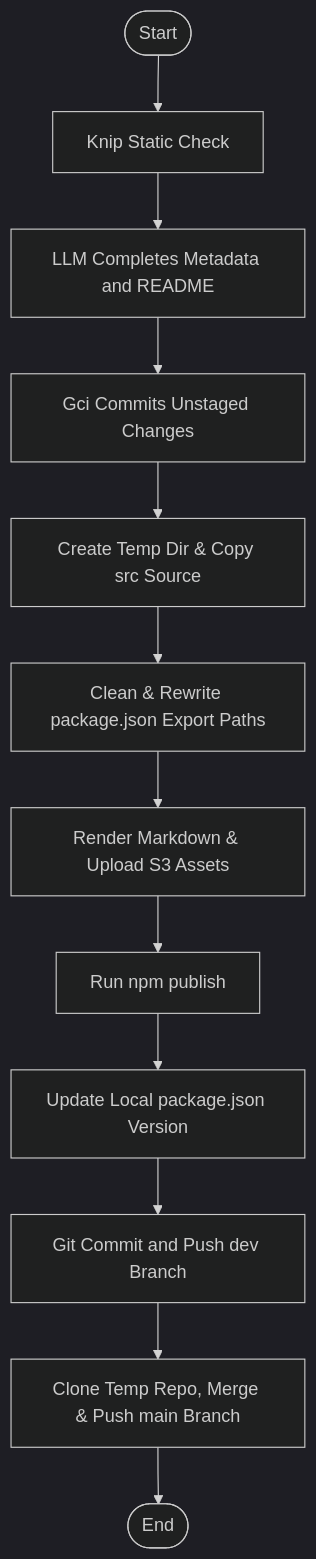
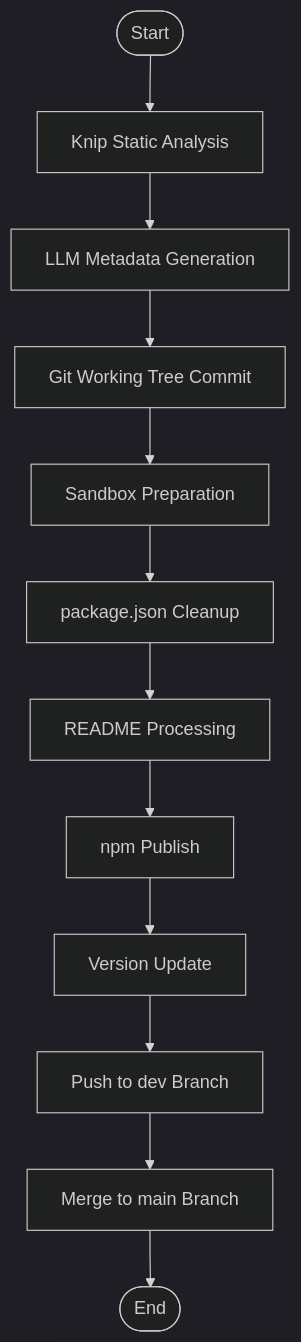
Before and after one commit to webc-site/npm: the diagram in dist/readme/en/README.md, drawn with Mermaid (dark theme). The commit also changed other lines of this file and 6 other files, not shown here.

````diff
--- a/dist/readme/en/README.md
+++ b/dist/readme/en/README.md
@@ -53,14 +54,14 @@
 ```mermaid
 graph TD
-    Start([Start]) --> Knip[Knip Static Check]
-    Knip --> GenReadme[LLM Completes Metadata and README]
-    GenReadme --> Gci[Gci Commits Unstaged Changes]
-    Gci --> Prep[Create Temp Dir & Copy src Source]
-    Prep --> CleanPkg[Clean & Rewrite package.json Export Paths]
-    CleanPkg --> RenderReadme[Render Markdown & Upload S3 Assets]
-    RenderReadme --> Pub[Run npm publish]
-    Pub --> LocalVersion[Update Local package.json Version]
-    LocalVersion --> GitSync[Git Commit and Push dev Branch]
-    GitSync --> MergeMain[Clone Temp Repo, Merge & Push main Branch]
-    MergeMain --> End([End])
+    Start([Start]) --> Knip[Knip Static Analysis]
+    Knip --> Metadata[LLM Metadata Generation]
+    Metadata --> Gci[Git Working Tree Commit]
+    Gci --> Prep[Sandbox Preparation]
+    Prep --> Clean[package.json Cleanup]
+    Clean --> Readme[README Processing]
+    Readme --> Publish[npm Publish]
+    Publish --> Version[Version Update]
+    Version --> Dev[Push to dev Branch]
+    Dev --> Main[Merge to main Branch]
+    Main --> End([End])
 ```
````
